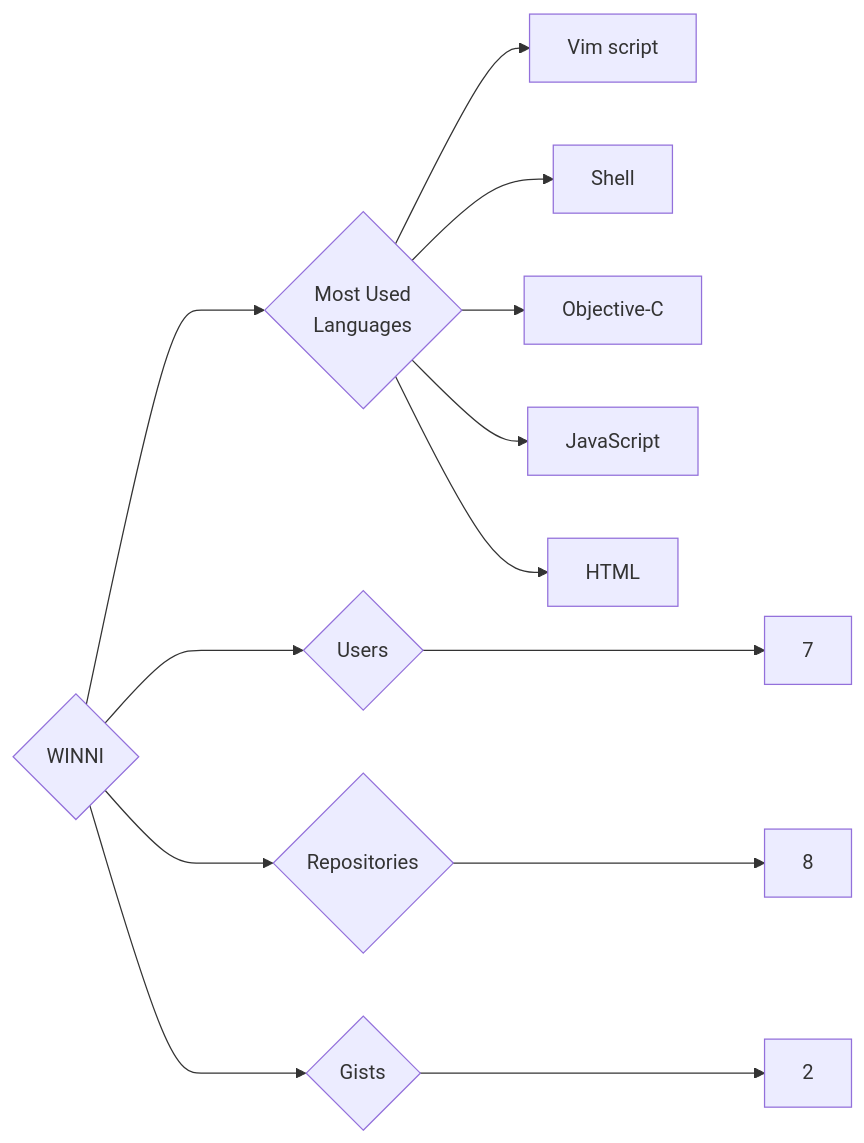
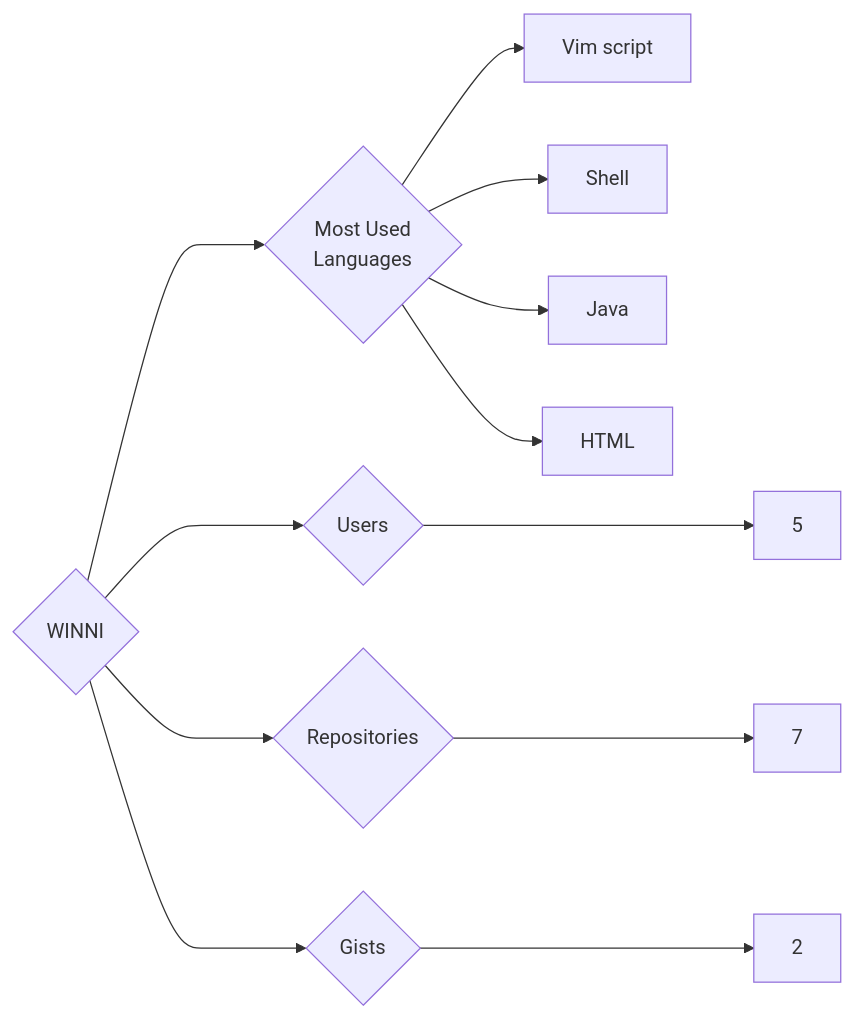
Before and after one commit to trickest/insiders: the diagram in targets/WINNI/README.md, drawn with Mermaid. The commit also changed 928 other files, not shown here.

````diff
--- a/targets/WINNI/README.md
+++ b/targets/WINNI/README.md
@@ -3,13 +3,12 @@
 ```mermaid
 graph LR
 COMPANY_NAME{WINNI}
-COMPANY_NAME ---> U{Users} ---> UN[7]
-COMPANY_NAME ---> R{Repositories} ---> RN[8]
+COMPANY_NAME ---> U{Users} ---> UN[5]
+COMPANY_NAME ---> R{Repositories} ---> RN[7]
 COMPANY_NAME ---> G{Gists} ---> GN[2]
 COMPANY_NAME ---> ML{Most Used<br>Languages}
 ML --> Vim_script[Vim script]
 ML --> Shell[Shell]
-ML --> Objective-C[Objective-C]
-ML --> JavaScript[JavaScript]
+ML --> Java[Java]
 ML --> HTML[HTML]
 ```
````
